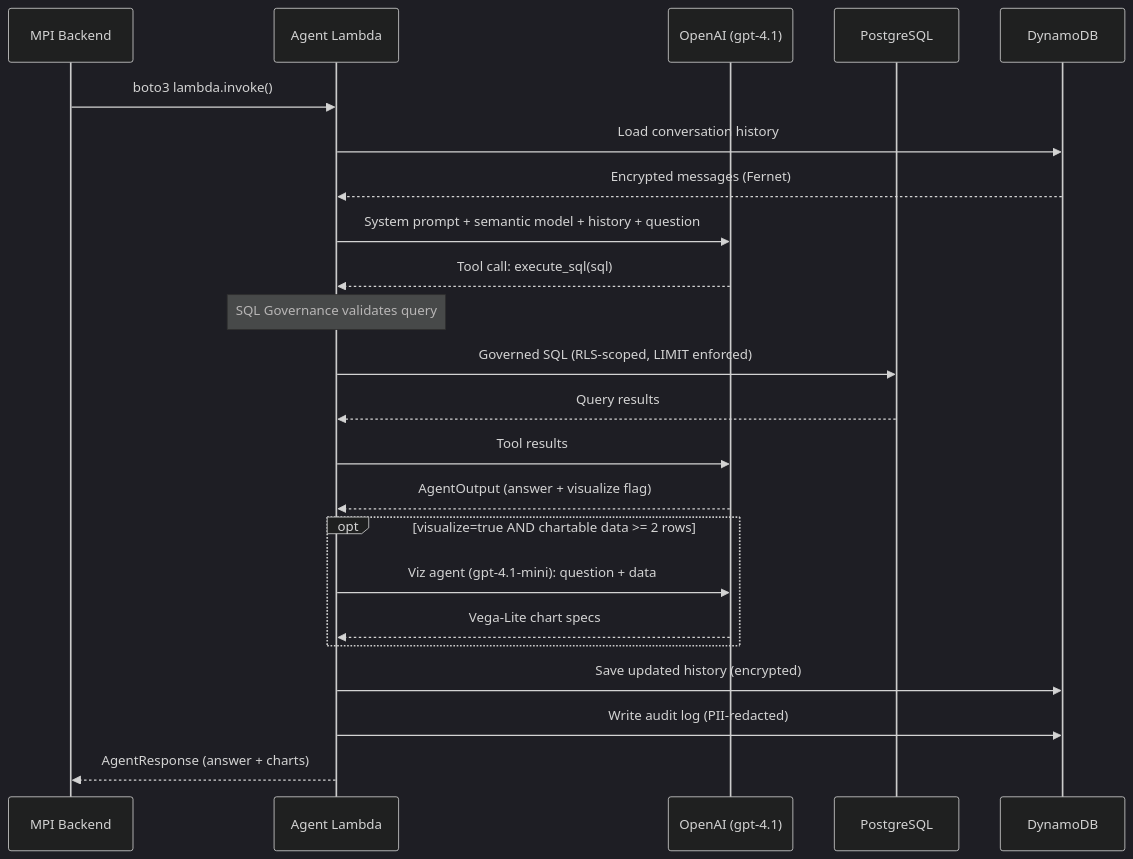
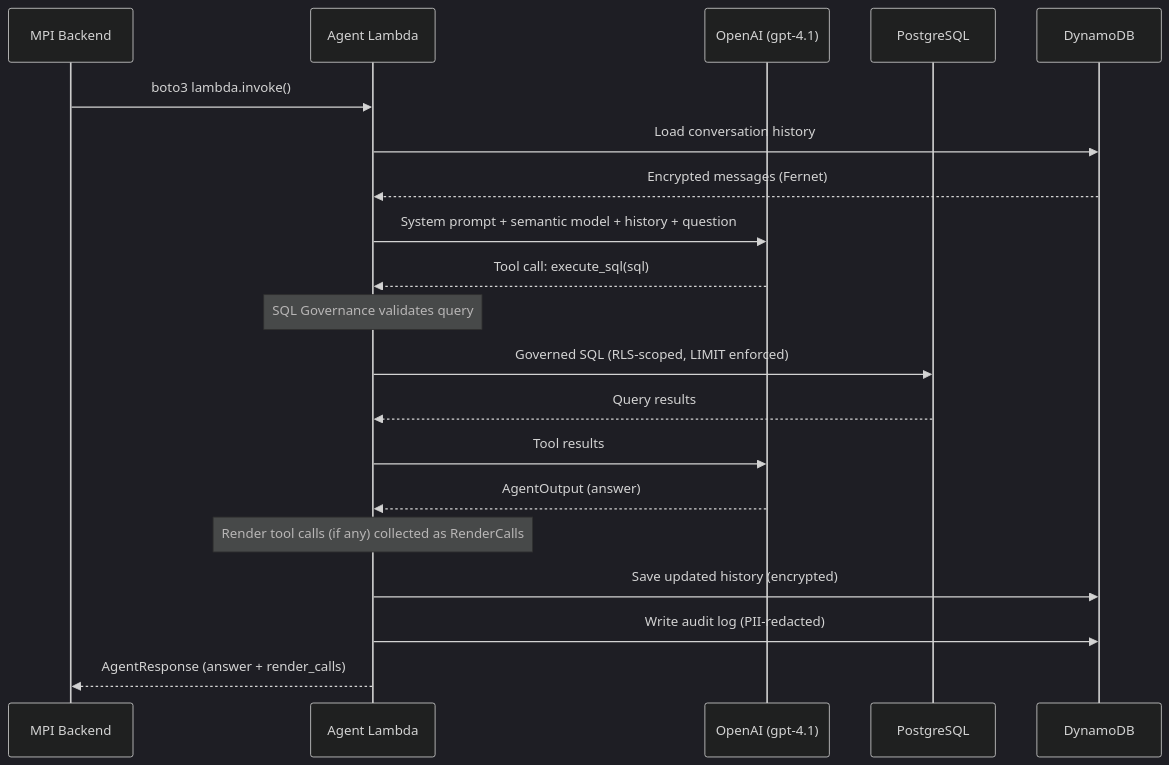
The second of 2 diagrams in README.md (maxibove13/finance-query-agent), drawn with Mermaid (dark theme) before and after one commit. The commit also changed other lines of this file and 22 other files, not shown here.

First line of the commit message:
feat: replace Vega-Lite viz with generative UI render tools [MPI-209]

````diff
--- a/README.md
+++ b/README.md
@@ -67,32 +73,29 @@
 ```mermaid
 sequenceDiagram
     participant Client as MPI Backend
     participant Lambda as Agent Lambda
     participant LLM as OpenAI (gpt-4.1)
     participant PG as PostgreSQL
     participant Dynamo as DynamoDB
 
     Client->>Lambda: boto3 lambda.invoke()
 
     Lambda->>Dynamo: Load conversation history
     Dynamo-->>Lambda: Encrypted messages (Fernet)
 
     Lambda->>LLM: System prompt + semantic model + history + question
     LLM-->>Lambda: Tool call: execute_sql(sql)
 
     Note over Lambda: SQL Governance validates query
     Lambda->>PG: Governed SQL (RLS-scoped, LIMIT enforced)
     PG-->>Lambda: Query results
 
     Lambda->>LLM: Tool results
-    LLM-->>Lambda: AgentOutput (answer + visualize flag)
+    LLM-->>Lambda: AgentOutput (answer)
 
-    opt visualize=true AND chartable data >= 2 rows
-        Lambda->>LLM: Viz agent (gpt-4.1-mini): question + data
-        LLM-->>Lambda: Vega-Lite chart specs
-    end
+    Note over Lambda: Render tool calls (if any) collected as RenderCalls
 
     Lambda->>Dynamo: Save updated history (encrypted)
     Lambda->>Dynamo: Write audit log (PII-redacted)
-    Lambda-->>Client: AgentResponse (answer + charts)
+    Lambda-->>Client: AgentResponse (answer + render_calls)
 ```
````
